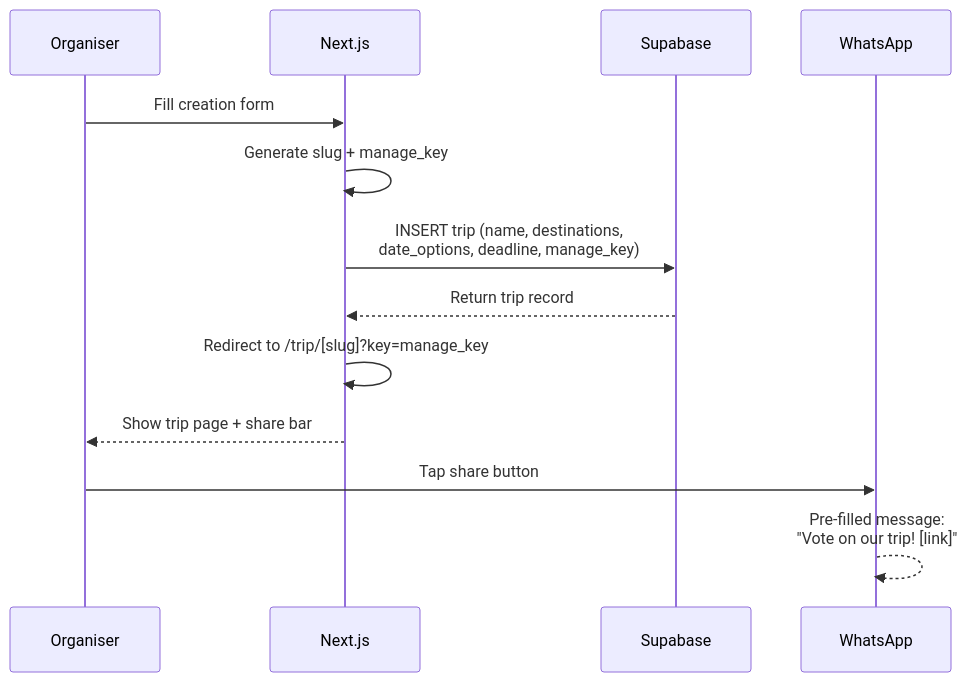
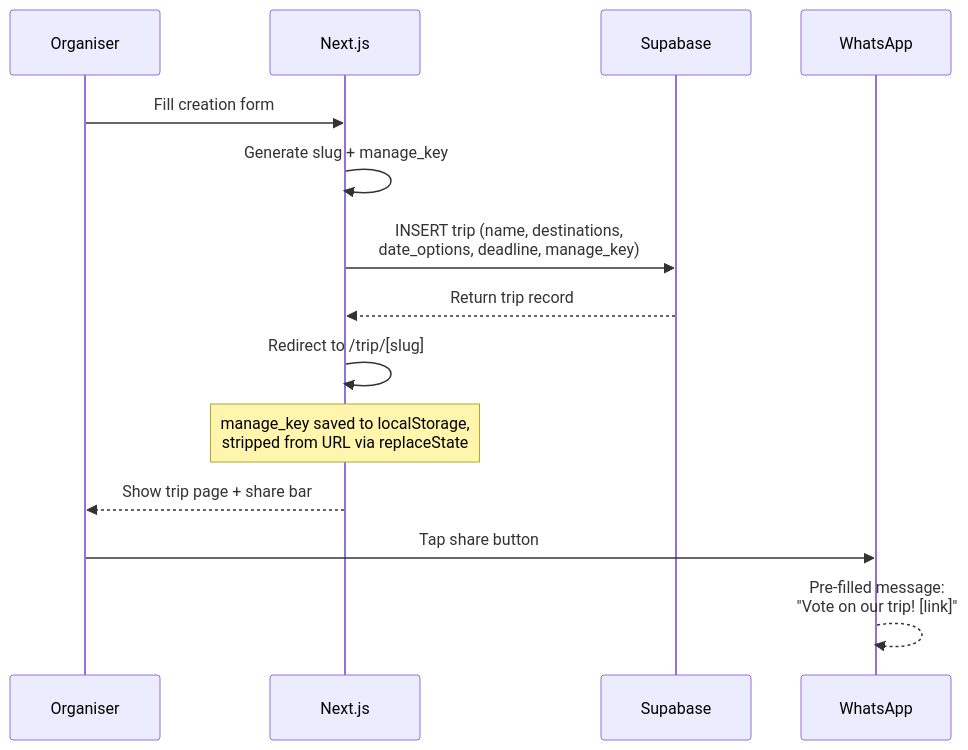
The sixth of 7 diagrams in PRD-diagrams.md (aditianapindi/Group-travel-planning), drawn with Mermaid before and after one commit. The commit also changed other lines of this file, not shown here.

First line of the commit message:
Update Mermaid diagrams to match current prototype

````diff
--- a/PRD-diagrams.md
+++ b/PRD-diagrams.md
@@ -176,16 +178,17 @@
 ```mermaid
 sequenceDiagram
     participant O as Organiser
     participant App as Next.js
     participant DB as Supabase
     participant WA as WhatsApp
 
     O->>App: Fill creation form
     App->>App: Generate slug + manage_key
     App->>DB: INSERT trip (name, destinations,<br>date_options, deadline, manage_key)
     DB-->>App: Return trip record
-    App->>App: Redirect to /trip/[slug]?key=manage_key
+    App->>App: Redirect to /trip/[slug]
+    Note over App: manage_key saved to localStorage,<br>stripped from URL via replaceState
     App-->>O: Show trip page + share bar
     O->>WA: Tap share button
     WA-->>WA: Pre-filled message:<br>"Vote on our trip! [link]"
 ```
````
